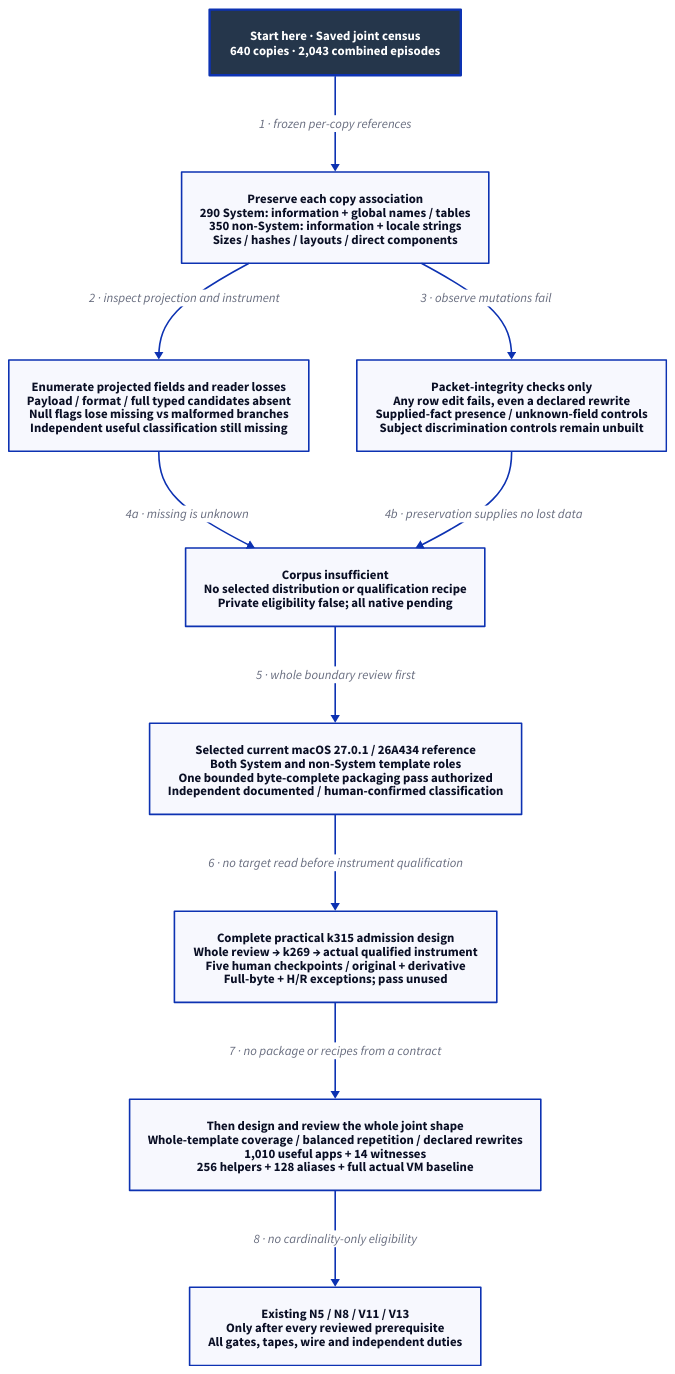
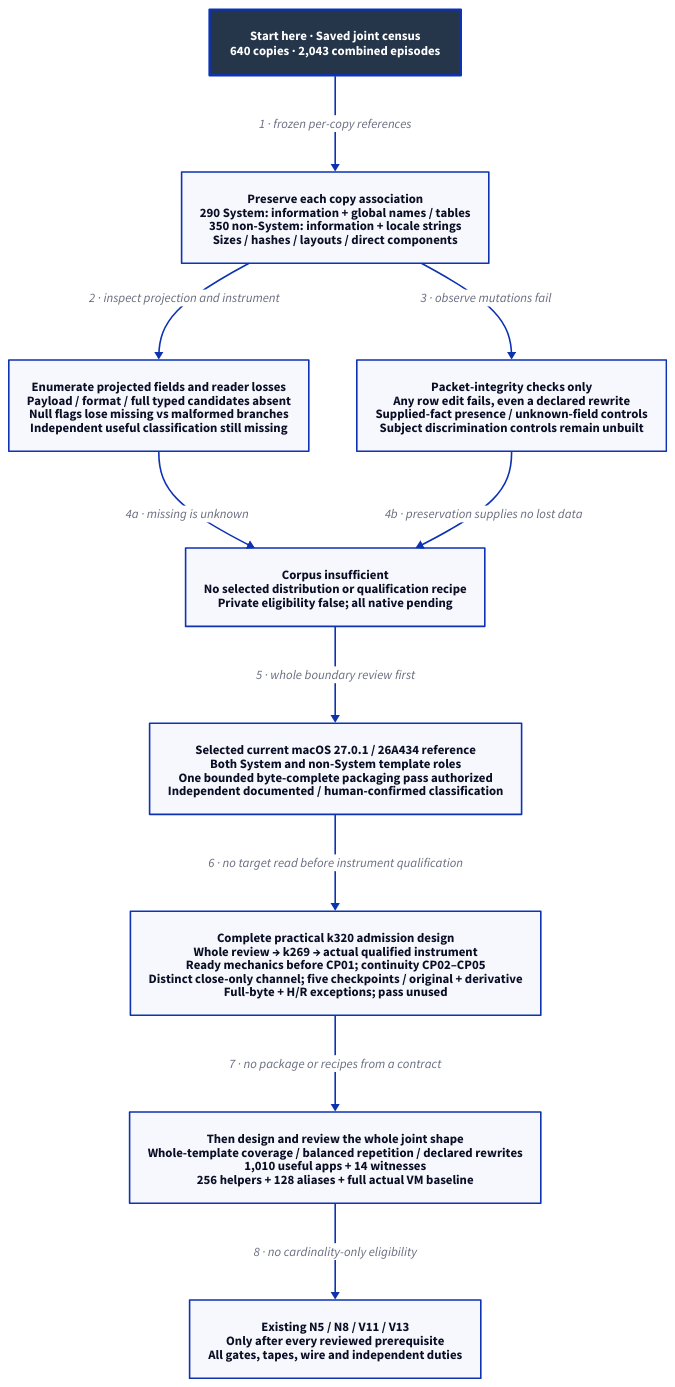
One commit to Linkuistics/Koine changed the diagram in docs/design/architecture/native-population-metadata-shape.d2. Above: the diagram before and after it, drawn with D2. The commit also changed 49 other files, not shown here.

Commit message:
Repair coherent practical reference admission (reference-evidence-practical-admission-k320)

```diff
--- a/docs/design/architecture/native-population-metadata-shape.d2
+++ b/docs/design/architecture/native-population-metadata-shape.d2
@@ -1,23 +1,23 @@
 # Historical boundary and selected current-reference requirements; no useful subject or native pass.
 direction: down
 classes: {
   start: {style: {fill: "#25364B"; font-color: "#FFFFFF"; bold: true; stroke-width: 3}}
 }
 Start: "Start here · Saved joint census\n640 copies · 2,043 combined episodes" {class: start}
 Known: "Preserve each copy association\n290 System: information + global names / tables\n350 non-System: information + locale strings\nSizes / hashes / layouts / direct components"
 Missing: "Enumerate projected fields and reader losses\nPayload / format / full typed candidates absent\nNull flags lose missing vs malformed branches\nIndependent useful classification still missing"
 Control: "Packet-integrity checks only\nAny row edit fails, even a declared rewrite\nSupplied-fact presence / unknown-field controls\nSubject discrimination controls remain unbuilt"
 Boundary: "Corpus insufficient\nNo selected distribution or qualification recipe\nPrivate eligibility false; all native pending"
 Decision: "Selected current macOS 27.0.1 / 26A434 reference\nBoth System and non-System template roles\nOne bounded byte-complete packaging pass authorized\nIndependent documented / human-confirmed classification"
-Contract: "Complete practical k315 admission design\nWhole review → k269 → actual qualified instrument\nFive human checkpoints / original + derivative\nFull-byte + H/R exceptions; pass unused"
+Contract: "Complete practical k320 admission design\nWhole review → k269 → actual qualified instrument\nReady mechanics before CP01; continuity CP02–CP05\nDistinct close-only channel; five checkpoints / original + derivative\nFull-byte + H/R exceptions; pass unused"
 Design: "Then design and review the whole joint shape\nWhole-template coverage / balanced repetition / declared rewrites\n1,010 useful apps + 14 witnesses\n256 helpers + 128 aliases + full actual VM baseline"
 Native: "Existing N5 / N8 / V11 / V13\nOnly after every reviewed prerequisite\nAll gates, tapes, wire and independent duties"
 Start -> Known: "1 · frozen per-copy references"
 Known -> Missing: "2 · inspect projection and instrument"
 Known -> Control: "3 · observe mutations fail"
 Missing -> Boundary: "4a · missing is unknown"
 Control -> Boundary: "4b · preservation supplies no lost data"
 Boundary -> Decision: "5 · whole boundary review first"
 Decision -> Contract: "6 · no target read before instrument qualification"
 Contract -> Design: "7 · no package or recipes from a contract"
 Design -> Native: "8 · no cardinality-only eligibility"
```
